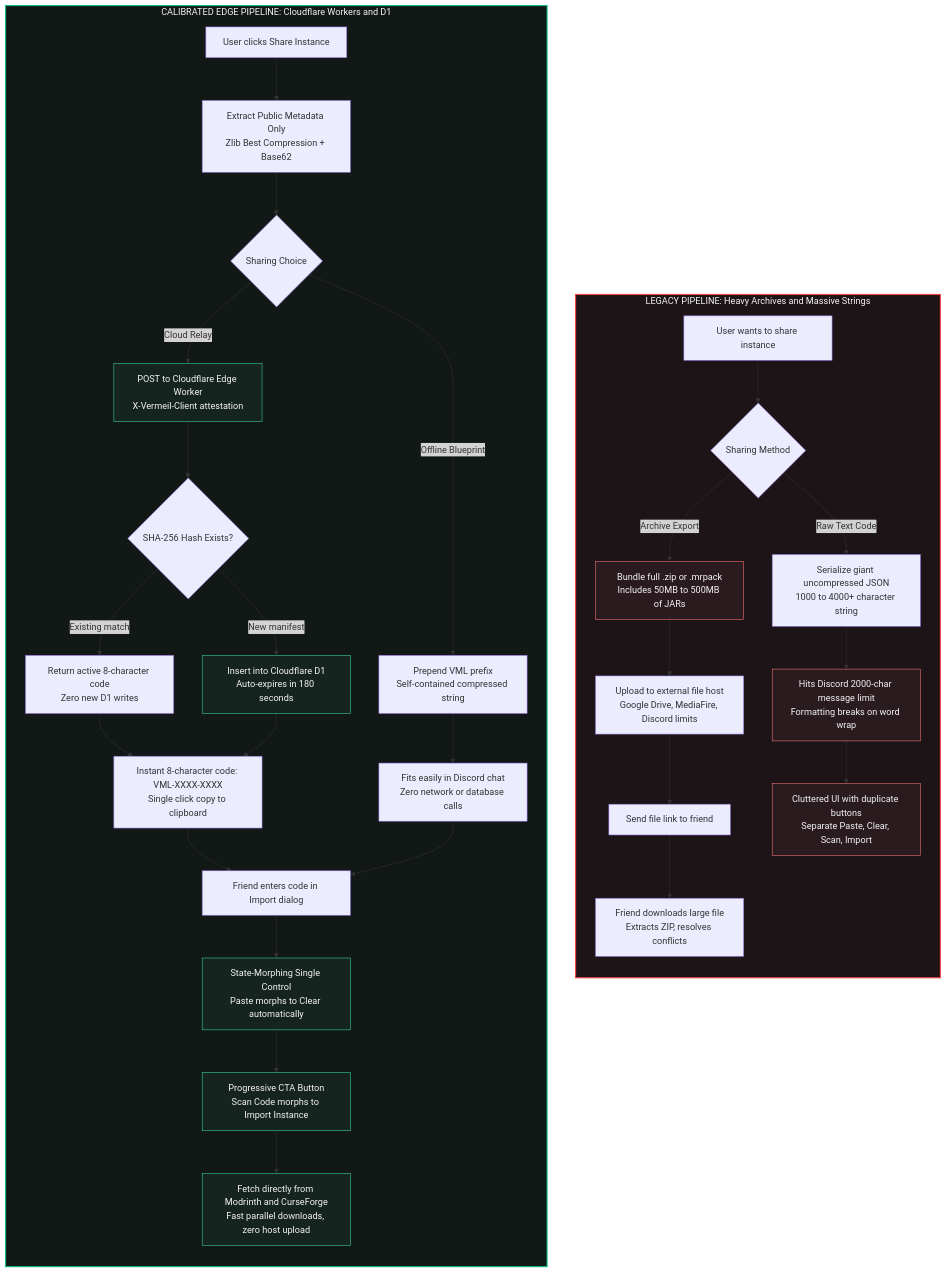
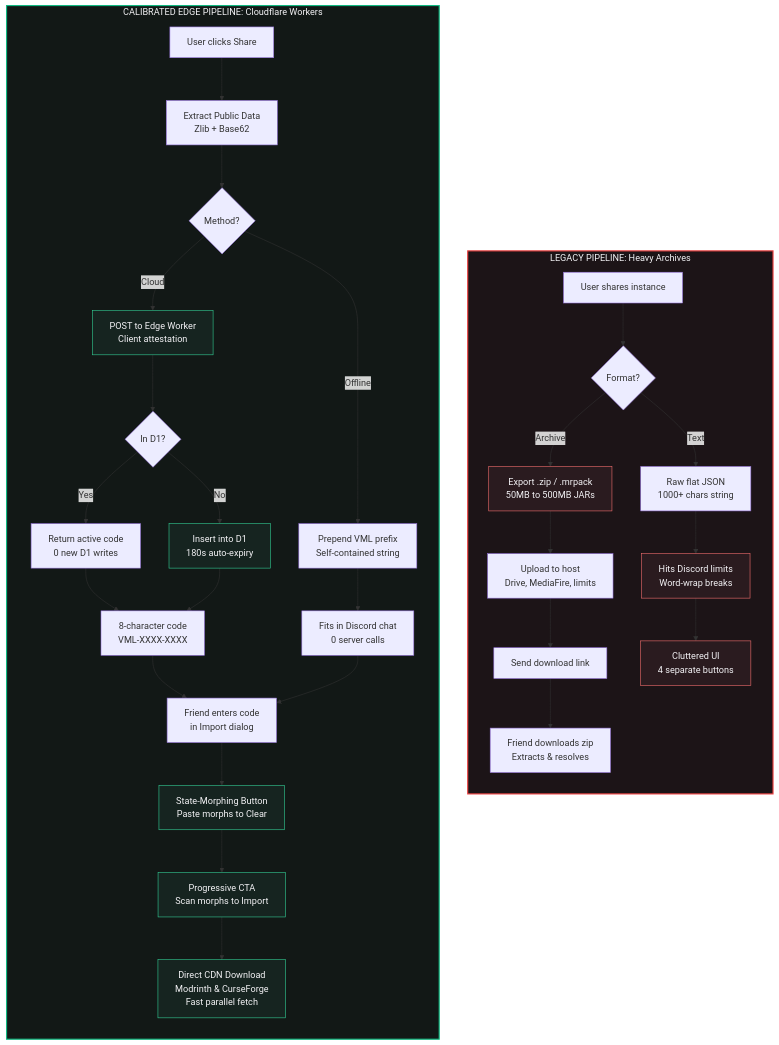
Before and after one commit to Davekb1976/Vermeil-Launcher: the first of 2 diagrams in docs/research/ephemeral-share-codes/research.md, drawn with Mermaid. The commit also changed other lines of this file, not shown here.

Commit message:
docs: compact Mermaid node text to prevent box clipping on GitHub

````diff
--- a/docs/research/ephemeral-share-codes/research.md
+++ b/docs/research/ephemeral-share-codes/research.md
@@ -15,49 +15,49 @@
 ```mermaid
 flowchart TD
-    subgraph LEGACY["LEGACY PIPELINE: Heavy Archives and Massive Strings"]
+    subgraph LEGACY["LEGACY PIPELINE: Heavy Archives"]
         direction TB
-        l_export["User wants to share instance"] --> l_choice{"Sharing Method"}
-        l_choice -->|Archive Export| l_zip["Bundle full .zip or .mrpack<br/>Includes 50MB to 500MB of JARs"]
-        l_zip --> l_upload["Upload to external file host<br/>Google Drive, MediaFire, Discord limits"]
-        l_upload --> l_share["Send file link to friend"]
-        l_share --> l_friend["Friend downloads large file<br/>Extracts ZIP, resolves conflicts"]
+        l_export["User shares instance"] --> l_choice{"Format?"}
+        l_choice -->|Archive| l_zip["Export .zip / .mrpack<br/>50MB to 500MB JARs"]
+        l_zip --> l_upload["Upload to host<br/>Drive, MediaFire, limits"]
+        l_upload --> l_share["Send download link"]
+        l_share --> l_friend["Friend downloads zip<br/>Extracts & resolves"]
 
-        l_choice -->|Raw Text Code| l_huge["Serialize giant uncompressed JSON<br/>1000 to 4000+ character string"]
-        l_huge --> l_discord["Hits Discord 2000-char message limit<br/>Formatting breaks on word wrap"]
-        l_discord --> l_ui_clutter["Cluttered UI with duplicate buttons<br/>Separate Paste, Clear, Scan, Import"]
+        l_choice -->|Text| l_huge["Raw flat JSON<br/>1000+ chars string"]
+        l_huge --> l_discord["Hits Discord limits<br/>Word-wrap breaks"]
+        l_discord --> l_ui_clutter["Cluttered UI<br/>4 separate buttons"]
     end
 
-    subgraph MODERN["CALIBRATED EDGE PIPELINE: Cloudflare Workers and D1"]
+    subgraph MODERN["CALIBRATED EDGE PIPELINE: Cloudflare Workers"]
         direction TB
-        m_export["User clicks Share Instance"] --> m_serialize["Extract Public Metadata Only<br/>Zlib Best Compression + Base62"]
-        m_serialize --> m_choice{"Sharing Choice"}
+        m_export["User clicks Share"] --> m_serialize["Extract Public Data<br/>Zlib + Base62"]
+        m_serialize --> m_choice{"Method?"}
 
-        m_choice -->|Cloud Relay| m_worker["POST to Cloudflare Edge Worker<br/>X-Vermeil-Client attestation"]
-        m_worker --> m_dedup{"SHA-256 Hash Exists?"}
-        m_dedup -->|Existing match| m_cached_code["Return active 8-character code<br/>Zero new D1 writes"]
-        m_dedup -->|New manifest| m_d1["Insert into Cloudflare D1<br/>Auto-expires in 180 seconds"]
-        m_cached_code --> m_copy["Instant 8-character code: VML-XXXX-XXXX<br/>Single click copy to clipboard"]
+        m_choice -->|Cloud| m_worker["POST to Edge Worker<br/>Client attestation"]
+        m_worker --> m_dedup{"In D1?"}
+        m_dedup -->|Yes| m_cached_code["Return active code<br/>0 new D1 writes"]
+        m_dedup -->|No| m_d1["Insert into D1<br/>180s auto-expiry"]
+        m_cached_code --> m_copy["8-character code<br/>VML-XXXX-XXXX"]
         m_d1 --> m_copy
 
-        m_choice -->|Offline Blueprint| m_offline["Prepend VML prefix<br/>Self-contained compressed string"]
-        m_offline --> m_copy_offline["Fits easily in Discord chat<br/>Zero network or database calls"]
+        m_choice -->|Offline| m_offline["Prepend VML prefix<br/>Self-contained string"]
+        m_offline --> m_copy_offline["Fits in Discord chat<br/>0 server calls"]
 
-        m_copy --> m_friend_import["Friend enters code in Import dialog"]
+        m_copy --> m_friend_import["Friend enters code<br/>in Import dialog"]
         m_copy_offline --> m_friend_import
 
-        m_friend_import --> m_morph["State-Morphing Single Control<br/>Paste morphs to Clear automatically"]
-        m_morph --> m_cta["Progressive CTA Button<br/>Scan Code morphs to Import Instance"]
-        m_cta --> m_fetch["Fetch directly from Modrinth and CurseForge<br/>Fast parallel downloads, zero host upload"]
+        m_friend_import --> m_morph["State-Morphing Button<br/>Paste morphs to Clear"]
+        m_morph --> m_cta["Progressive CTA<br/>Scan morphs to Import"]
+        m_cta --> m_fetch["Direct CDN Download<br/>Modrinth & CurseForge<br/>Fast parallel fetch"]
     end
 
     style LEGACY fill:#1c1417,stroke:#ef4444,stroke-width:2px,color:#f4f3f6
     style MODERN fill:#121816,stroke:#10b981,stroke-width:2px,color:#f4f3f6
     style l_zip fill:#2a1b1f,stroke:#f87171,color:#f4f3f6
     style l_discord fill:#2a1b1f,stroke:#f87171,color:#f4f3f6
     style l_ui_clutter fill:#2a1b1f,stroke:#f87171,color:#f4f3f6
     style m_worker fill:#162420,stroke:#34d399,color:#f4f3f6
     style m_d1 fill:#162420,stroke:#34d399,color:#f4f3f6
     style m_morph fill:#162420,stroke:#34d399,color:#f4f3f6
     style m_cta fill:#162420,stroke:#34d399,color:#f4f3f6
     style m_fetch fill:#162420,stroke:#34d399,color:#f4f3f6
 ```
````
